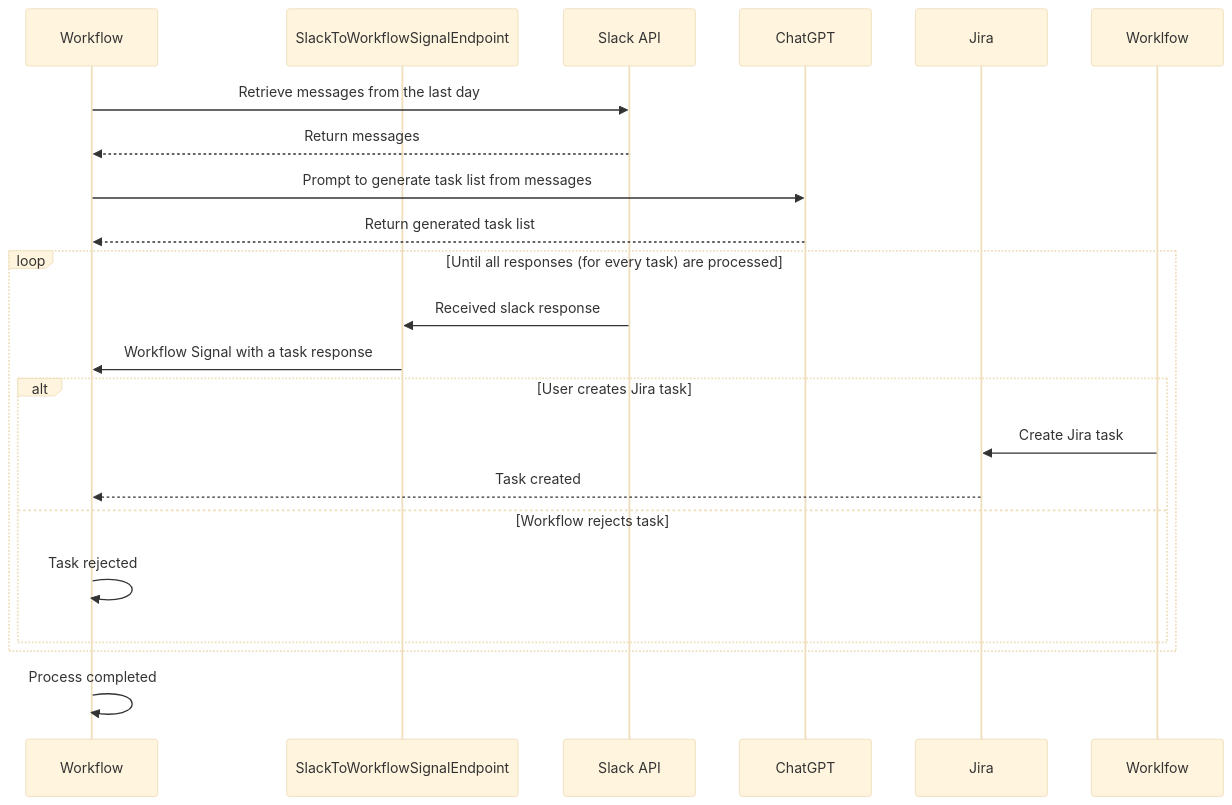
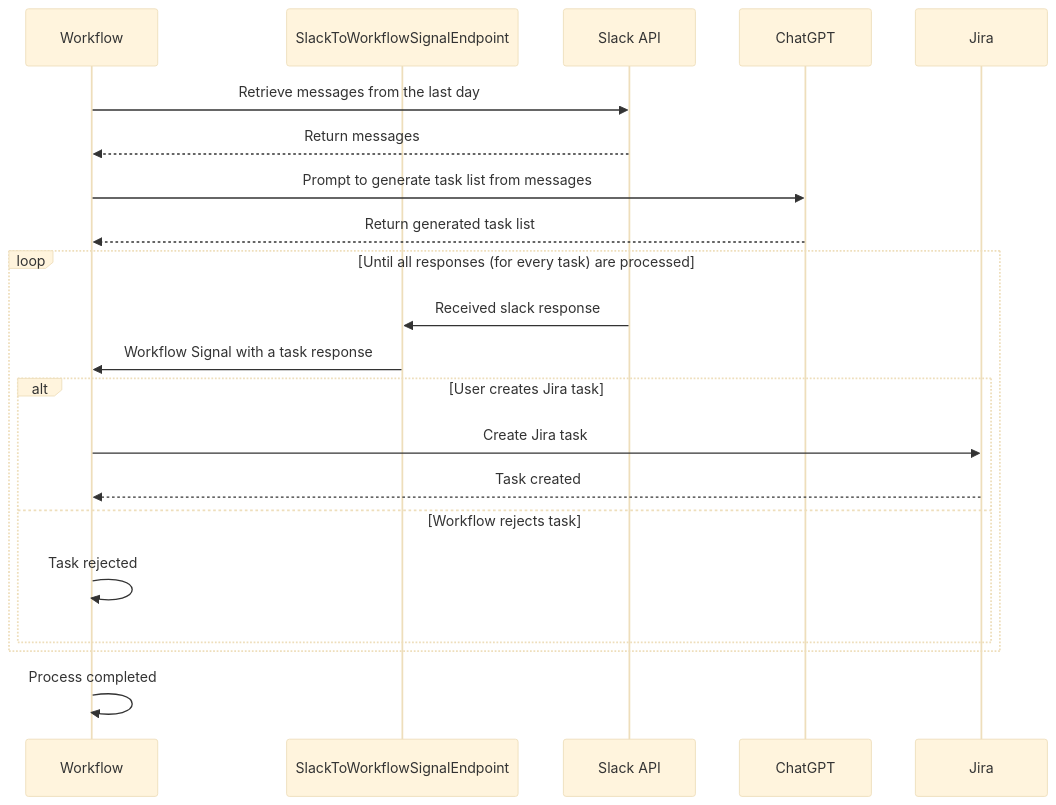
One commit to jatarifa-masmovil/intelligent-slack-agenda changed the diagram in README.md. Above: the diagram before and after it, drawn with Mermaid (base theme).

Commit message:
hackathon code

````diff
--- a/README.md
+++ b/README.md
@@ -25,24 +25,24 @@
 ```mermaid 
 sequenceDiagram
     participant Workflow
     participant SlackToWorkflowSignalEndpoint
     participant Slack API
     participant ChatGPT
     participant Jira
 
     Workflow->>Slack API: Retrieve messages from the last day
     Slack API-->>Workflow: Return messages
     Workflow->>ChatGPT: Prompt to generate task list from messages
     ChatGPT-->>Workflow: Return generated task list
     loop Until all responses (for every task) are processed
         Slack API->>SlackToWorkflowSignalEndpoint: Received slack response
         SlackToWorkflowSignalEndpoint->>Workflow: Workflow Signal with a task response
         alt User creates Jira task
-            Worklfow->>Jira: Create Jira task
+            Workflow->>Jira: Create Jira task
             Jira-->>Workflow: Task created
         else Workflow rejects task
             Workflow->>Workflow: Task rejected
         end
     end
     Workflow->>Workflow: Process completed
 ```
````
